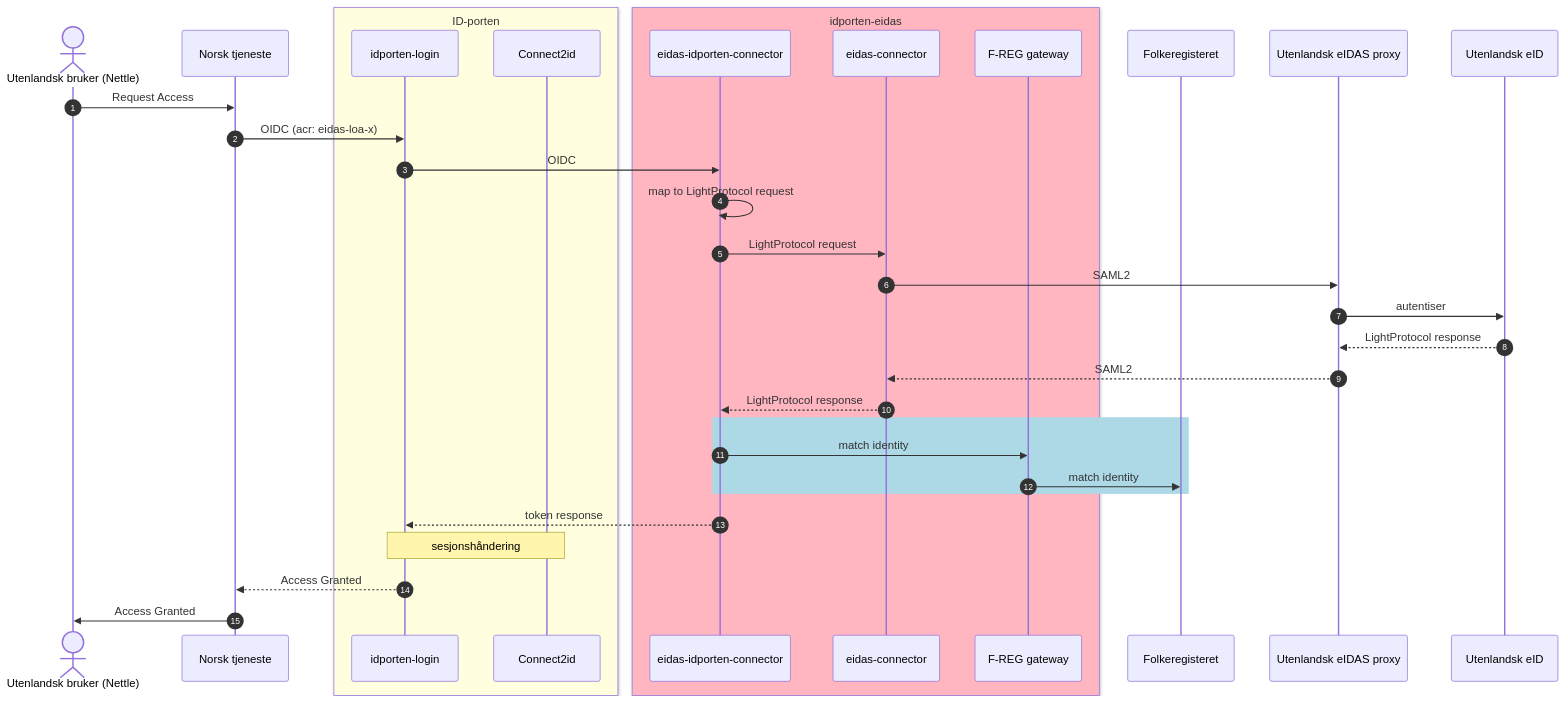
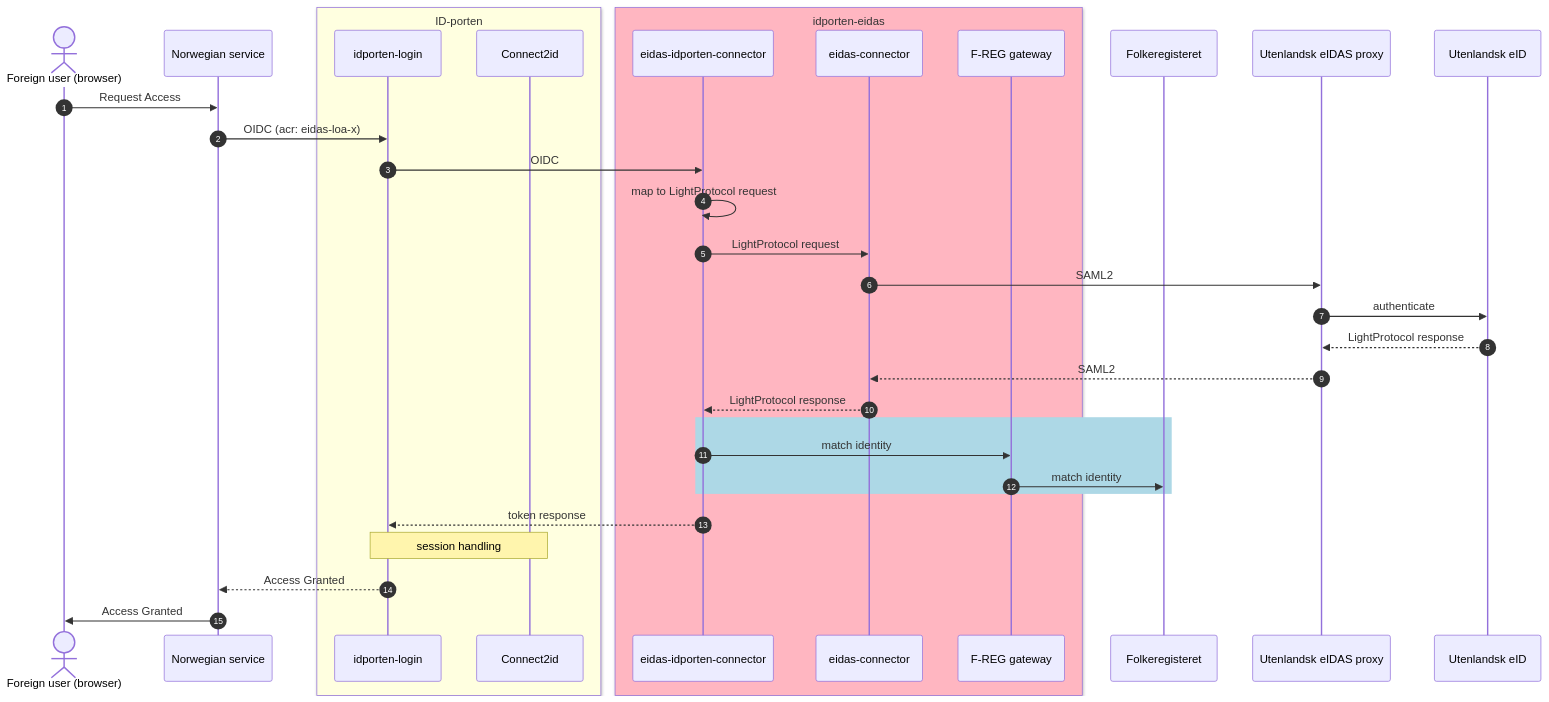
One commit to felleslosninger/eidas-demo-countries changed the second of 2 diagrams in README.md. Above: the diagram before and after it, drawn with Mermaid.

Commit message:
to english

````diff
--- a/README.md
+++ b/README.md
@@ -78,38 +78,38 @@
 ```mermaid  
 sequenceDiagram
 autonumber
-    actor User as Utenlandsk bruker (Nettle)
-    participant SP as Norsk tjeneste
+    actor User as Foreign user (browser)
+    participant SP as Norwegian service
     box lightyellow ID-porten
     participant IL as idporten-login
     participant C2ID as Connect2id
     end
     box lightpink idporten-eidas
         participant EC as eidas-idporten-connector
         participant NEC as eidas-connector
         participant FRGW as F-REG gateway
     end
     participant FR as Folkeregisteret
     participant UPS as Utenlandsk eIDAS proxy
     participant IDP as Utenlandsk eID
 
     User->>SP: Request Access
     SP->>IL: OIDC (acr: eidas-loa-x)
     IL->>EC: OIDC
 
     EC->>EC: map to LightProtocol request
     EC->>NEC: LightProtocol request
     NEC->>UPS: SAML2
-    UPS->>IDP: autentiser
+    UPS->>IDP: authenticate
     IDP-->> UPS: LightProtocol response
     UPS-->>NEC: SAML2
     NEC-->>EC: LightProtocol response
     rect lightblue
         EC->>FRGW: match identity
         FRGW->>FR: match identity
     end
     EC-->>IL: token response
-    Note over IL,C2ID: sesjonshåndering
+    Note over IL,C2ID: session handling
     IL-->>SP: Access Granted
     SP->>User: Access Granted
 ```    
````
